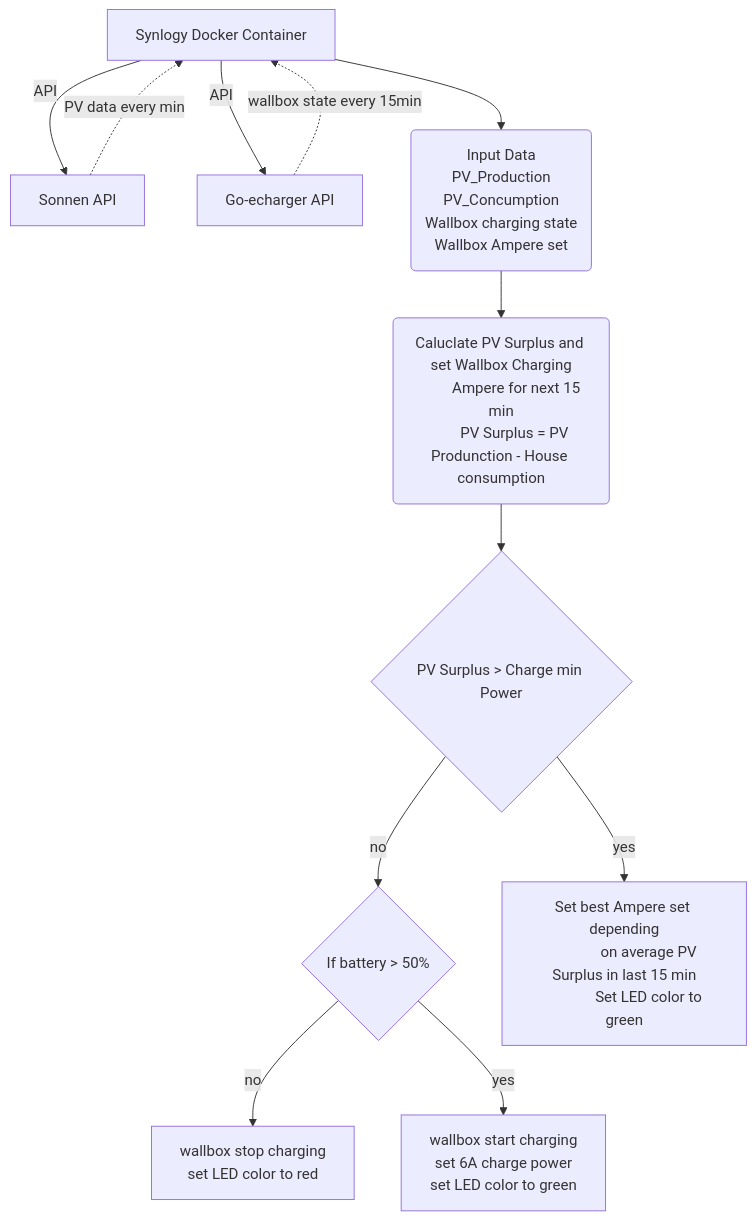
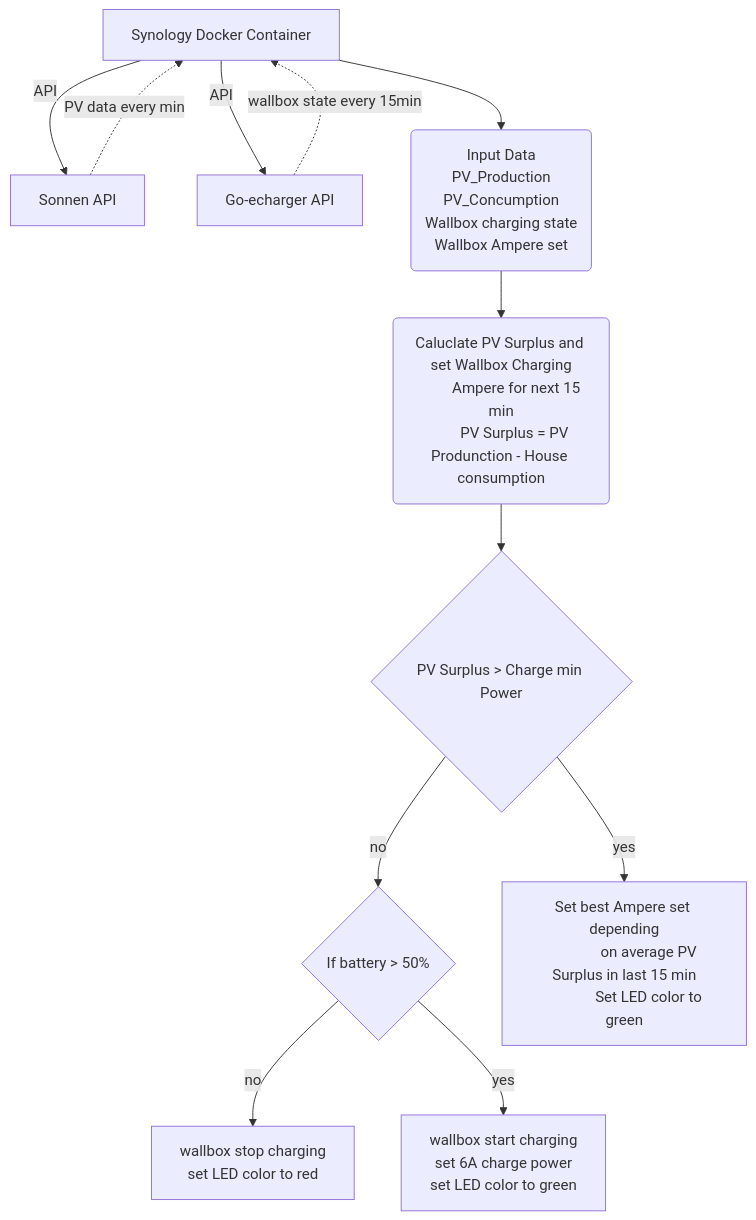
Before and after one commit to schwabenschulle/pvcharger: the diagram in README.md, drawn with Mermaid.

````diff
--- a/README.md
+++ b/README.md
@@ -22,26 +22,26 @@
 ```mermaid
 graph TD
-A[Synlogy Docker Container] -->|API| B[Sonnen API]
-B[Sonnen API] -.->|PV data every min| A[Synlogy Docker Container]
-A[Synlogy Docker Container] -->|API| C[Go-echarger API]
-C[Go-echarger API] -.->|wallbox state every 15min| A[Synlogy Docker Container]
-A[Synlogy Docker Container] -->D("Input Data
+A[Synology Docker Container] -->|API| B[Sonnen API]
+B[Sonnen API] -.->|PV data every min| A[Synology Docker Container]
+A[Synology Docker Container] -->|API| C[Go-echarger API]
+C[Go-echarger API] -.->|wallbox state every 15min| A[Synology Docker Container]
+A[Synology Docker Container] -->D("Input Data
                 PV_Production
                 PV_Concumption
                 Wallbox charging state
                 Wallbox Ampere set")
 D --> E("Caluclate PV Surplus and set Wallbox Charging
          Ampere for next 15 min
         PV Surplus = PV Produnction - House consumption")
 E --> F{"PV Surplus > Charge min Power"}
 F -->|no| G{"If battery > 50%"}
 G --> |no| H["wallbox stop charging
              set LED color to red"]
 G -->|yes| I["wallbox start charging
               set 6A charge power
               set LED color to green"]
 F -->|yes| J["Set best Ampere set depending
               on average PV Surplus in last 15 min
               Set LED color to green"]
 
 ```
````
